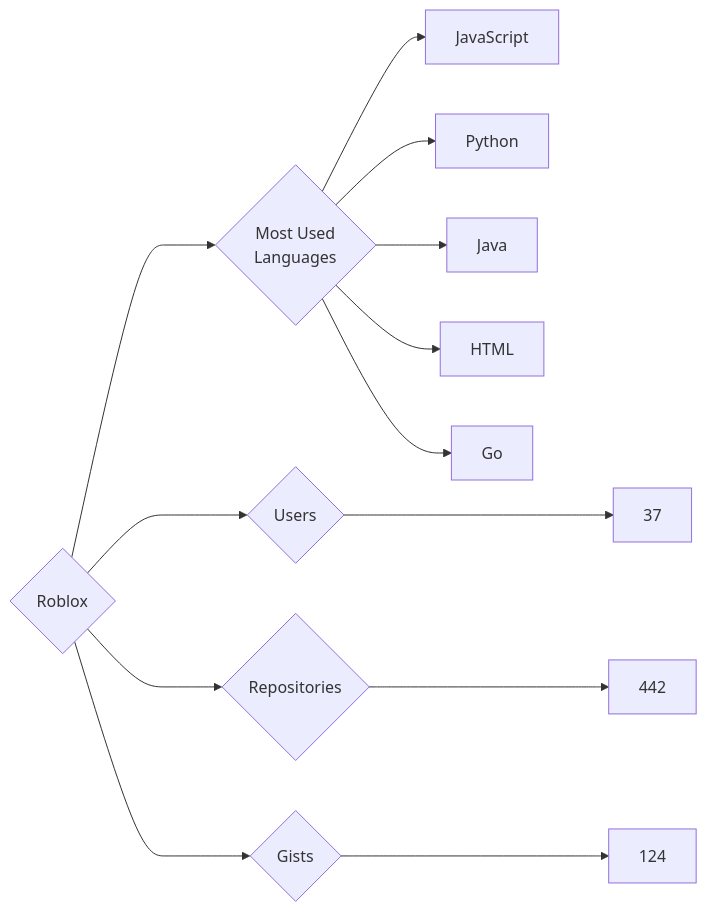
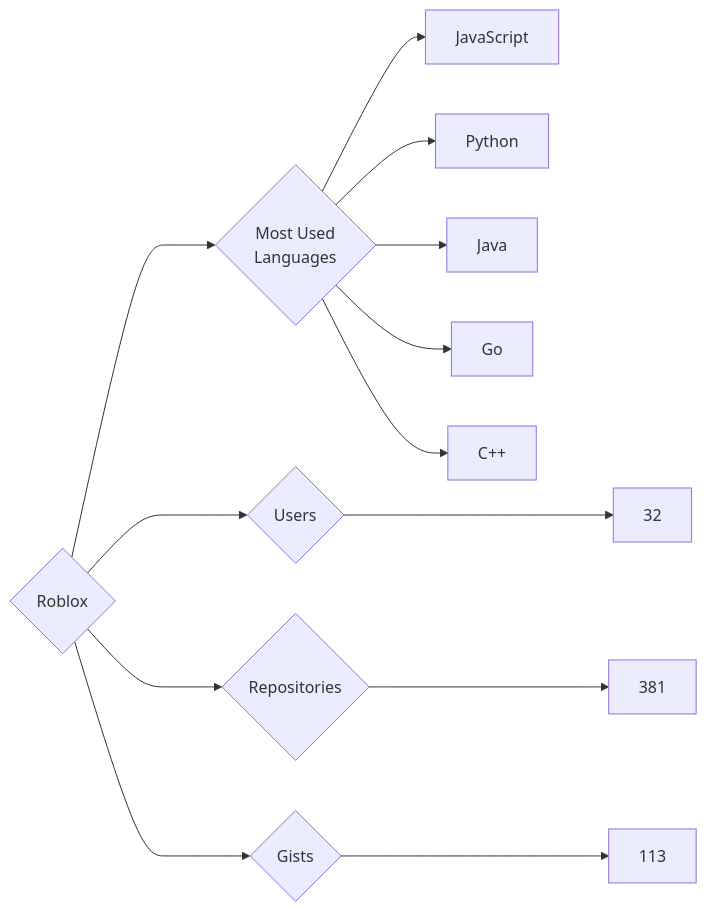
Before and after one commit to trickest/insiders: the diagram in targets/Roblox/README.md, drawn with Mermaid. The commit also changed 797 other files, not shown here.

````diff
--- a/targets/Roblox/README.md
+++ b/targets/Roblox/README.md
@@ -3,13 +3,13 @@
 ```mermaid
 graph LR
 COMPANY_NAME{Roblox}
-COMPANY_NAME ---> U{Users} ---> UN[37]
-COMPANY_NAME ---> R{Repositories} ---> RN[442]
-COMPANY_NAME ---> G{Gists} ---> GN[124]
+COMPANY_NAME ---> U{Users} ---> UN[32]
+COMPANY_NAME ---> R{Repositories} ---> RN[381]
+COMPANY_NAME ---> G{Gists} ---> GN[113]
 COMPANY_NAME ---> ML{Most Used<br>Languages}
 ML --> JavaScript[JavaScript]
 ML --> Python[Python]
 ML --> Java[Java]
-ML --> HTML[HTML]
 ML --> Go[Go]
+ML --> C++[C++]
 ```
````
